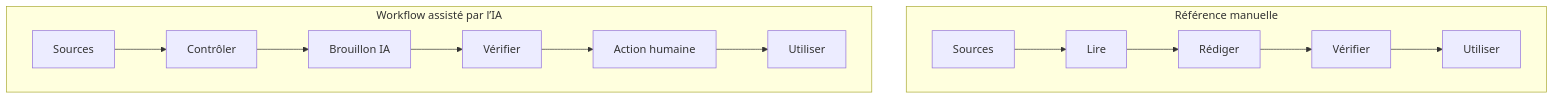
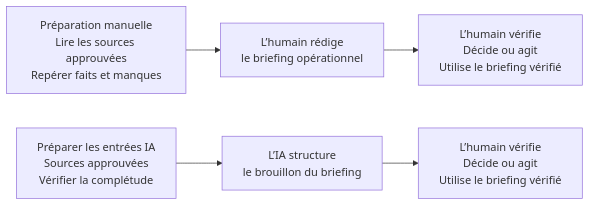
The diagram in teaching/visuals/s05/fr/manual-vs-ai.mmd (Ange230700/ibm-ai-foundations-for-everyone-notes), drawn with Mermaid before and after one commit. The commit also changed 12 other files, not shown here.

```diff
--- a/teaching/visuals/s05/fr/manual-vs-ai.mmd
+++ b/teaching/visuals/s05/fr/manual-vs-ai.mmd
@@ -1,9 +1,9 @@
-flowchart TB
- subgraph M["Référence manuelle"]
-  direction LR
-  A["Sources"] --> B["Lire"] --> C["Rédiger"] --> D["Vérifier"] --> E["Utiliser"]
- end
- subgraph I["Workflow assisté par l’IA"]
-  direction LR
-  F["Sources"] --> G["Contrôler"] --> H["Brouillon IA"] --> J["Vérifier"] --> K["Action humaine"] --> L["Utiliser"]
- end
+flowchart LR
+ A["Préparation manuelle<br/>Lire les sources approuvées<br/>Repérer faits et manques"]
+ B["L’humain rédige<br/>le briefing opérationnel"]
+ C["L’humain vérifie<br/>Décide ou agit<br/>Utilise le briefing vérifié"]
+ A --> B --> C
+ D["Préparer les entrées IA<br/>Sources approuvées<br/>Vérifier la complétude"]
+ E["L’IA structure<br/>le brouillon du briefing"]
+ F["L’humain vérifie<br/>Décide ou agit<br/>Utilise le briefing vérifié"]
+ D --> E --> F
```
